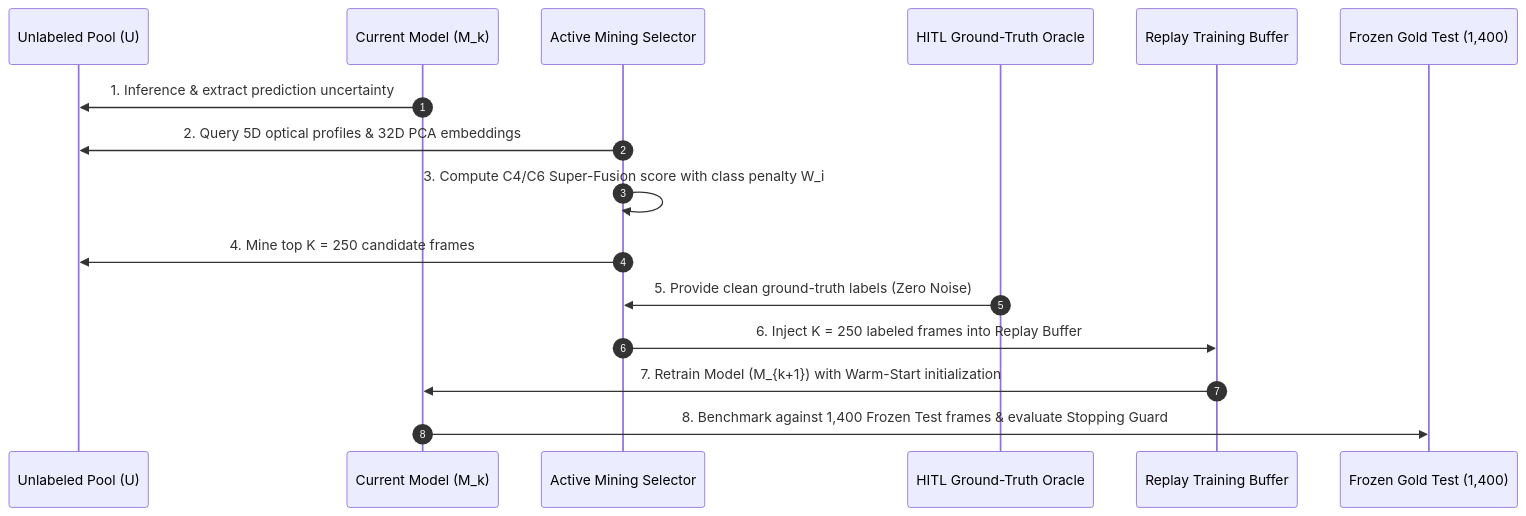
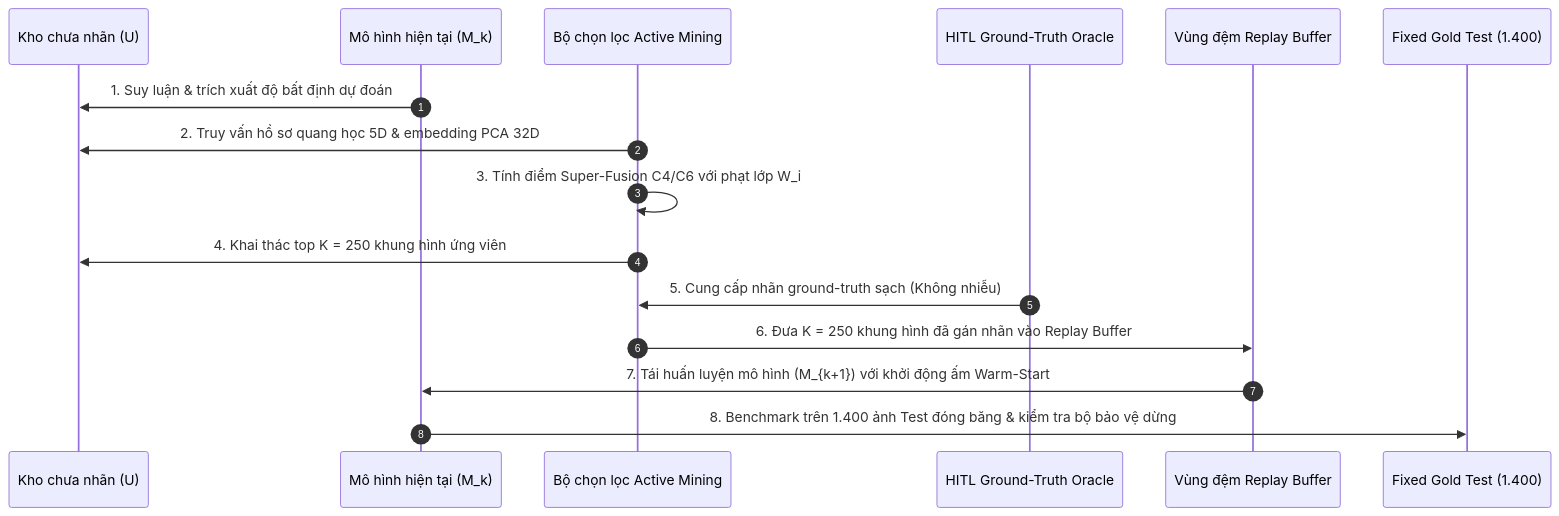
The diagram in docs/experiments/02_active_learning.md (Wanlee199/bdd10k-hitl-simulator-web), drawn with Mermaid before and after one commit. The commit also changed other lines of this file and 13 other files, not shown here.

````diff
--- a/docs/experiments/02_active_learning.md
+++ b/docs/experiments/02_active_learning.md
@@ -48,19 +48,19 @@
 ```mermaid
 sequenceDiagram
     autonumber
-    participant Pool as Unlabeled Pool (U)
-    participant Model as Current Model (M_k)
-    participant Selector as Active Mining Selector
+    participant Pool as Kho chưa nhãn (U)
+    participant Model as Mô hình hiện tại (M_k)
+    participant Selector as Bộ chọn lọc Active Mining
     participant Oracle as HITL Ground-Truth Oracle
-    participant Buffer as Replay Training Buffer
-    participant Test as Frozen Gold Test (1,400)
+    participant Buffer as Vùng đệm Replay Buffer
+    participant Test as Fixed Gold Test (1.400)
 
-    Model->>Pool: 1. Inference & extract prediction uncertainty
-    Selector->>Pool: 2. Query 5D optical profiles & 32D PCA embeddings
-    Selector->>Selector: 3. Compute C4/C6 Super-Fusion score with class penalty W_i
-    Selector->>Pool: 4. Mine top K = 250 candidate frames
-    Oracle->>Selector: 5. Provide clean ground-truth labels (Zero Noise)
-    Selector->>Buffer: 6. Inject K = 250 labeled frames into Replay Buffer
-    Buffer->>Model: 7. Retrain Model (M_{k+1}) with Warm-Start initialization
-    Model->>Test: 8. Benchmark against 1,400 Frozen Test frames & evaluate Stopping Guard
+    Model->>Pool: 1. Suy luận & trích xuất độ bất định dự đoán
+    Selector->>Pool: 2. Truy vấn hồ sơ quang học 5D & embedding PCA 32D
+    Selector->>Selector: 3. Tính điểm Super-Fusion C4/C6 với phạt lớp W_i
+    Selector->>Pool: 4. Khai thác top K = 250 khung hình ứng viên
+    Oracle->>Selector: 5. Cung cấp nhãn ground-truth sạch (Không nhiễu)
+    Selector->>Buffer: 6. Đưa K = 250 khung hình đã gán nhãn vào Replay Buffer
+    Buffer->>Model: 7. Tái huấn luyện mô hình (M_{k+1}) với khởi động ấm Warm-Start
+    Model->>Test: 8. Benchmark trên 1.400 ảnh Test đóng băng & kiểm tra bộ bảo vệ dừng
 ```
````
